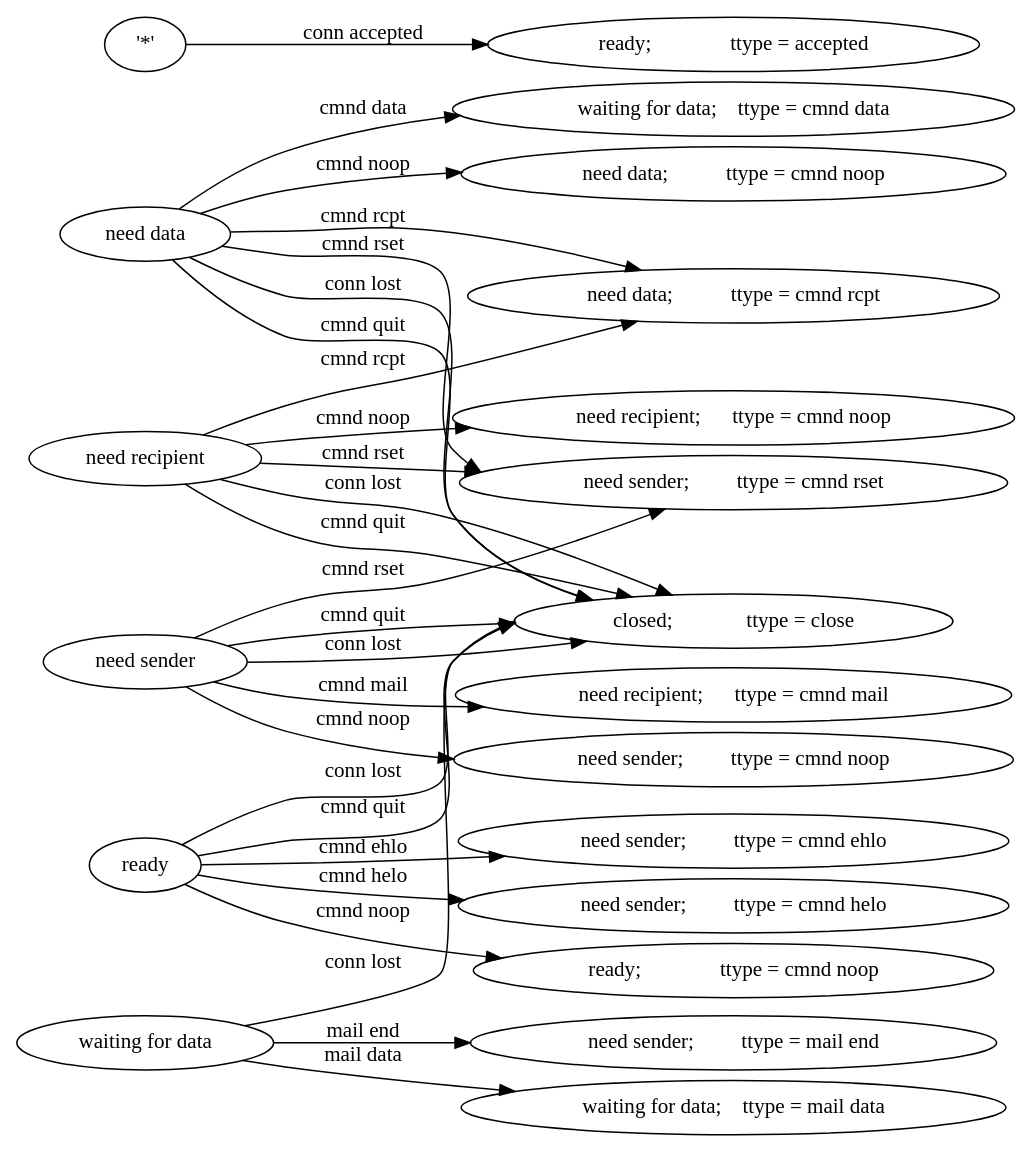
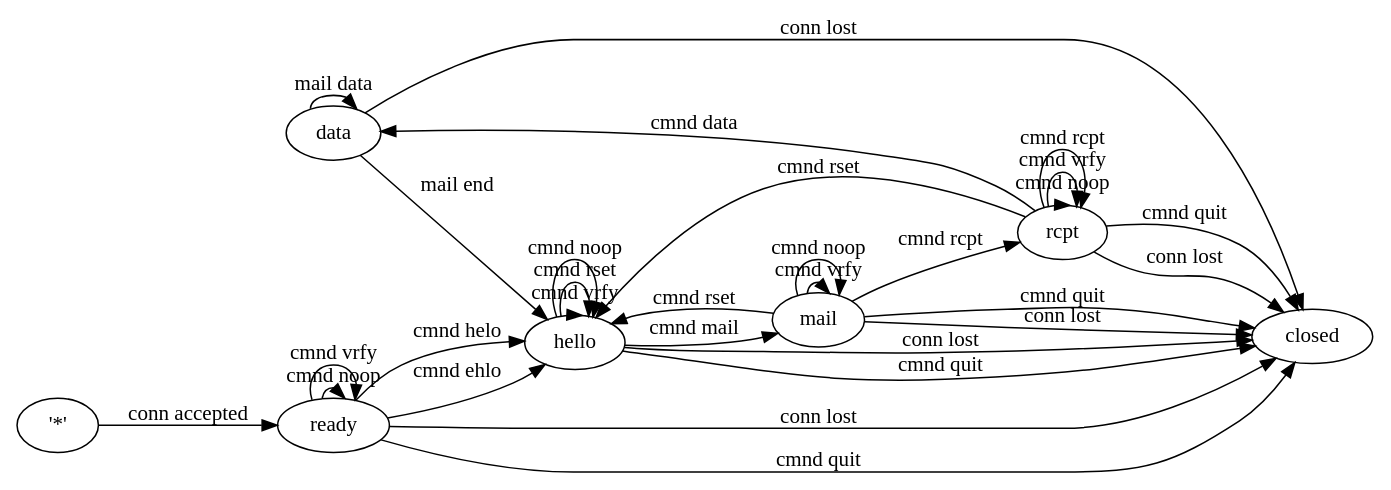
Before and after one commit to slevinsps/smtp: the diagram in report/dot/serverfsm_def.dot, drawn with Graphviz. The commit also changed 40 other files, not shown here.

```diff
--- a/report/dot/serverfsm_def.dot
+++ b/report/dot/serverfsm_def.dot
@@ -1,29 +1,33 @@
 digraph test {
 rankdir=LR;
 ranksep=0.1; nodesep=0.1; defaultdist = 0.1; len = 0.1;
-"need data" -> "waiting for data;    ttype = cmnd data" [label="cmnd data"];
-"need data" -> "need sender;         ttype = cmnd rset" [label="cmnd rset"];
-"ready" -> "ready;               ttype = cmnd noop" [label="cmnd noop"];
-"need sender" -> "closed;              ttype = close" [label="conn lost"];
-"need recipient" -> "closed;              ttype = close" [label="cmnd quit"];
-"waiting for data" -> "need sender;         ttype = mail end" [label="mail end"];
-"need sender" -> "need recipient;      ttype = cmnd mail" [label="cmnd mail"];
-"waiting for data" -> "waiting for data;    ttype = mail data" [label="mail data"];
-"ready" -> "need sender;         ttype = cmnd ehlo" [label="cmnd ehlo"];
-"need recipient" -> "need data;           ttype = cmnd rcpt" [label="cmnd rcpt"];
-"'*'" -> "ready;               ttype = accepted" [label="conn accepted"];
-"need data" -> "closed;              ttype = close" [label="conn lost"];
-"ready" -> "closed;              ttype = close" [label="cmnd quit"];
-"ready" -> "closed;              ttype = close" [label="conn lost"];
-"need data" -> "closed;              ttype = close" [label="cmnd quit"];
-"need recipient" -> "need sender;         ttype = cmnd rset" [label="cmnd rset"];
-"need data" -> "need data;           ttype = cmnd rcpt" [label="cmnd rcpt"];
-"need recipient" -> "need recipient;      ttype = cmnd noop" [label="cmnd noop"];
-"waiting for data" -> "closed;              ttype = close" [label="conn lost"];
-"need sender" -> "need sender;         ttype = cmnd rset" [label="cmnd rset"];
-"need recipient" -> "closed;              ttype = close" [label="conn lost"];
-"ready" -> "need sender;         ttype = cmnd helo" [label="cmnd helo"];
-"need data" -> "need data;           ttype = cmnd noop" [label="cmnd noop"];
-"need sender" -> "closed;              ttype = close" [label="cmnd quit"];
-"need sender" -> "need sender;         ttype = cmnd noop" [label="cmnd noop"];
+"data" -> "hello" [label="mail end"];
+"mail" -> "hello" [label="cmnd rset"];
+"hello" -> "closed" [label="conn lost"];
+"rcpt" -> "closed" [label="cmnd quit"];
+"ready" -> "ready" [label="cmnd noop"];
+"rcpt" -> "rcpt" [label="cmnd noop"];
+"rcpt" -> "hello" [label="cmnd rset"];
+"ready" -> "hello" [label="cmnd ehlo"];
+"rcpt" -> "rcpt" [label="cmnd vrfy"];
+"mail" -> "closed" [label="conn lost"];
+"rcpt" -> "rcpt" [label="cmnd rcpt"];
+"rcpt" -> "data" [label="cmnd data"];
+"ready" -> "closed" [label="conn lost"];
+"hello" -> "hello" [label="cmnd vrfy"];
+"mail" -> "closed" [label="cmnd quit"];
+"mail" -> "mail" [label="cmnd vrfy"];
+"data" -> "data" [label="mail data"];
+"ready" -> "ready" [label="cmnd vrfy"];
+"hello" -> "closed" [label="cmnd quit"];
+"rcpt" -> "closed" [label="conn lost"];
+"mail" -> "rcpt" [label="cmnd rcpt"];
+"mail" -> "mail" [label="cmnd noop"];
+"hello" -> "mail" [label="cmnd mail"];
+"data" -> "closed" [label="conn lost"];
+"hello" -> "hello" [label="cmnd rset"];
+"ready" -> "hello" [label="cmnd helo"];
+"ready" -> "closed" [label="cmnd quit"];
+"hello" -> "hello" [label="cmnd noop"];
+"'*'" -> "ready" [label="conn accepted"];
 }
```
